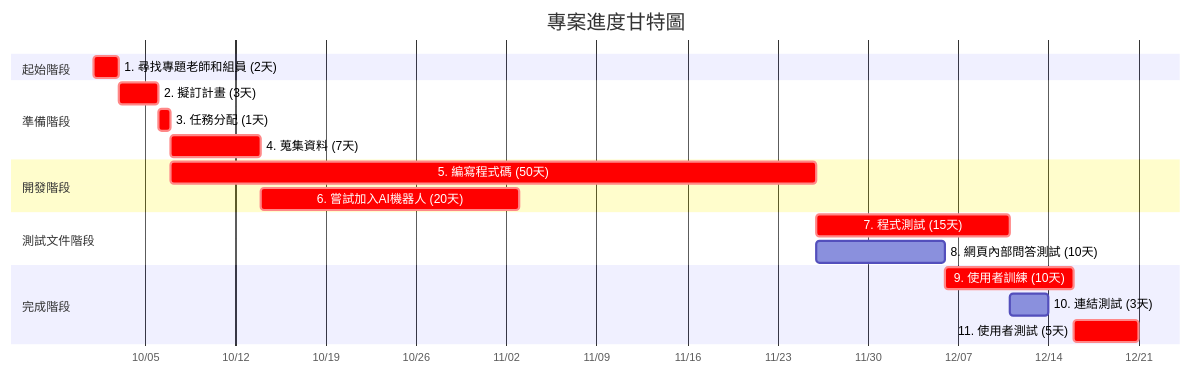
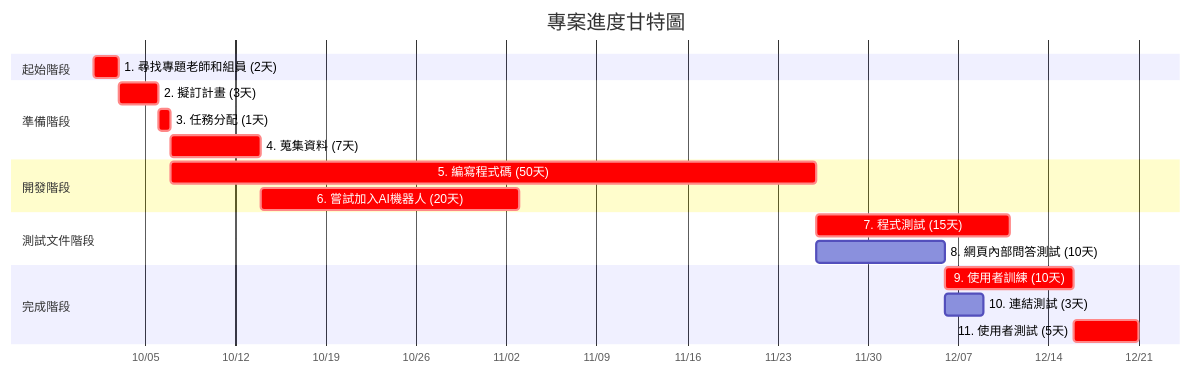
The second of 2 diagrams in hw2.md (c112118202-droid/-), drawn with Mermaid before and after one commit.

````diff
--- a/hw2.md
+++ b/hw2.md
@@ -29,27 +29,27 @@
 ```mermaid
 gantt
     title 專案進度甘特圖
     dateFormat YYYY-MM-DD
     axisFormat %m/%d
     
     section 起始階段
     1. 尋找專題老師和組員 (2天)     :crit, m1, 2025-10-01, 2d
     
     section 準備階段
     2. 擬訂計畫 (3天)     :crit, m2, after m1, 3d
     3. 任務分配 (1天)    :crit, m3, after m2, 1d
     4. 蒐集資料 (7天)    :crit, m4, after m3, 7d
 
     section 開發階段
     5. 編寫程式碼 (50天)    :crit, m5, after m3, 50d
     6. 嘗試加入AI機器人 (20天)    :crit, m6, after m4, 20d
     
     section 測試文件階段
     7. 程式測試 (15天)    :crit, m7, after m5, 15d
-    8. 網頁內部問答測試 (10天) :m8, after m5, 10d
+    8. 網頁內部問答測試 (10天) :m7, after m5, 10d
         
     section 完成階段
     9. 使用者訓練 (10天)    :crit, m9, after m8, 10d
     10. 連結測試 (3天)  :m10, after m7 m8, 3d
     11. 使用者測試 (5天)  :crit, m11, after m9 m10, 5d
 ```
````
